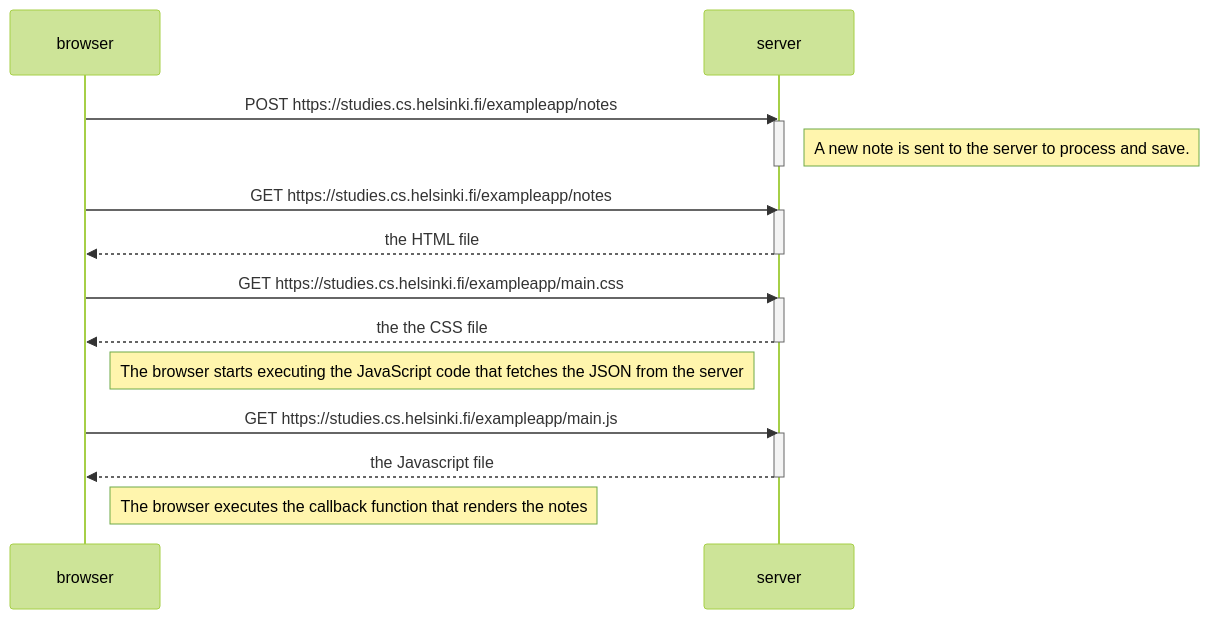
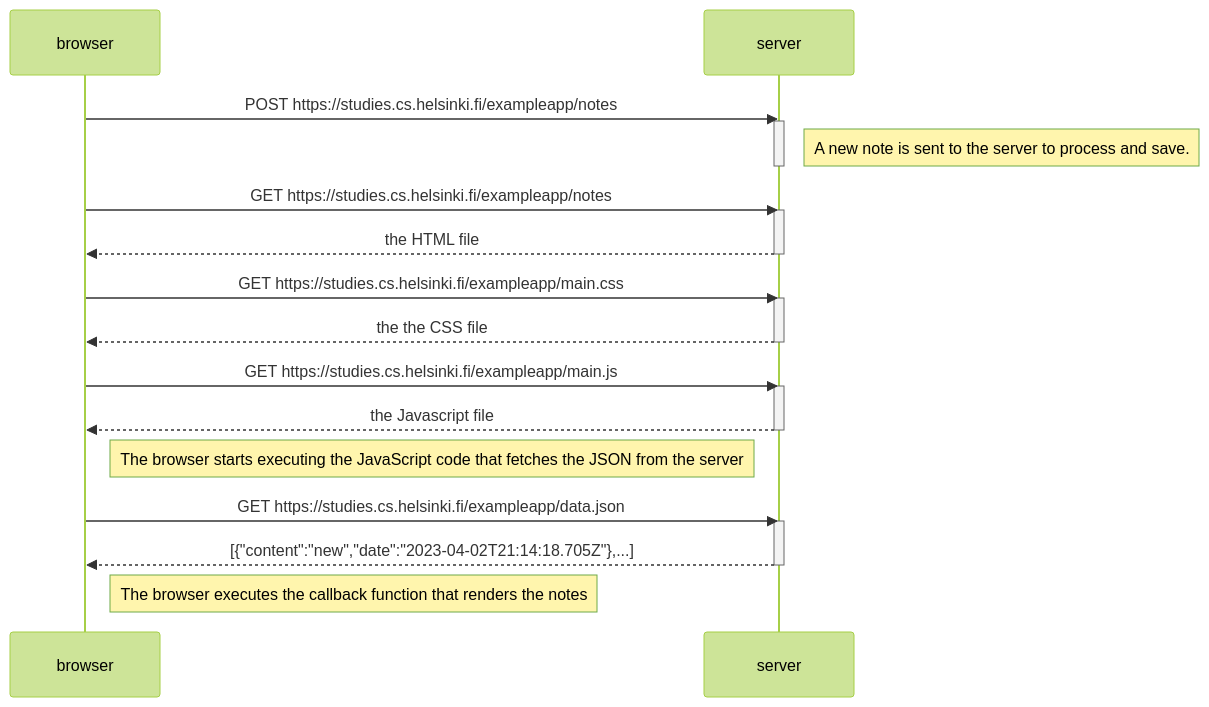
The diagram in part0/part0-4.md (dunghoilyd01/fullstackopen), drawn with Mermaid (forest theme) before and after one commit.

Commit message:
Finish part0-4

````diff
--- a/part0/part0-4.md
+++ b/part0/part0-4.md
@@ -1,29 +1,33 @@
 ```mermaid
 sequenceDiagram
     participant browser
     participant server
 
     browser->>server: POST https://studies.cs.helsinki.fi/exampleapp/notes
     activate server
     Note right of server: A new note is sent to the server to process and save.
     deactivate server
 
     browser->>server: GET https://studies.cs.helsinki.fi/exampleapp/notes
     activate server
     server-->>browser: the HTML file
     deactivate server
 
     browser->>server: GET https://studies.cs.helsinki.fi/exampleapp/main.css
     activate server
     server-->>browser: the the CSS file
     deactivate server
 
-    Note right of browser: The browser starts executing the JavaScript code that fetches the JSON from the server
-
     browser->>server: GET https://studies.cs.helsinki.fi/exampleapp/main.js
     activate server
     server-->>browser: the Javascript file
     deactivate server
+    Note right of browser: The browser starts executing the JavaScript code that fetches the JSON from the server
 
+    browser->>server: GET https://studies.cs.helsinki.fi/exampleapp/data.json
+    activate server
+    server-->>browser: [{"content":"new","date":"2023-04-02T21:14:18.705Z"},...]
+    deactivate server
     Note right of browser: The browser executes the callback function that renders the notes
+
 ```
````
